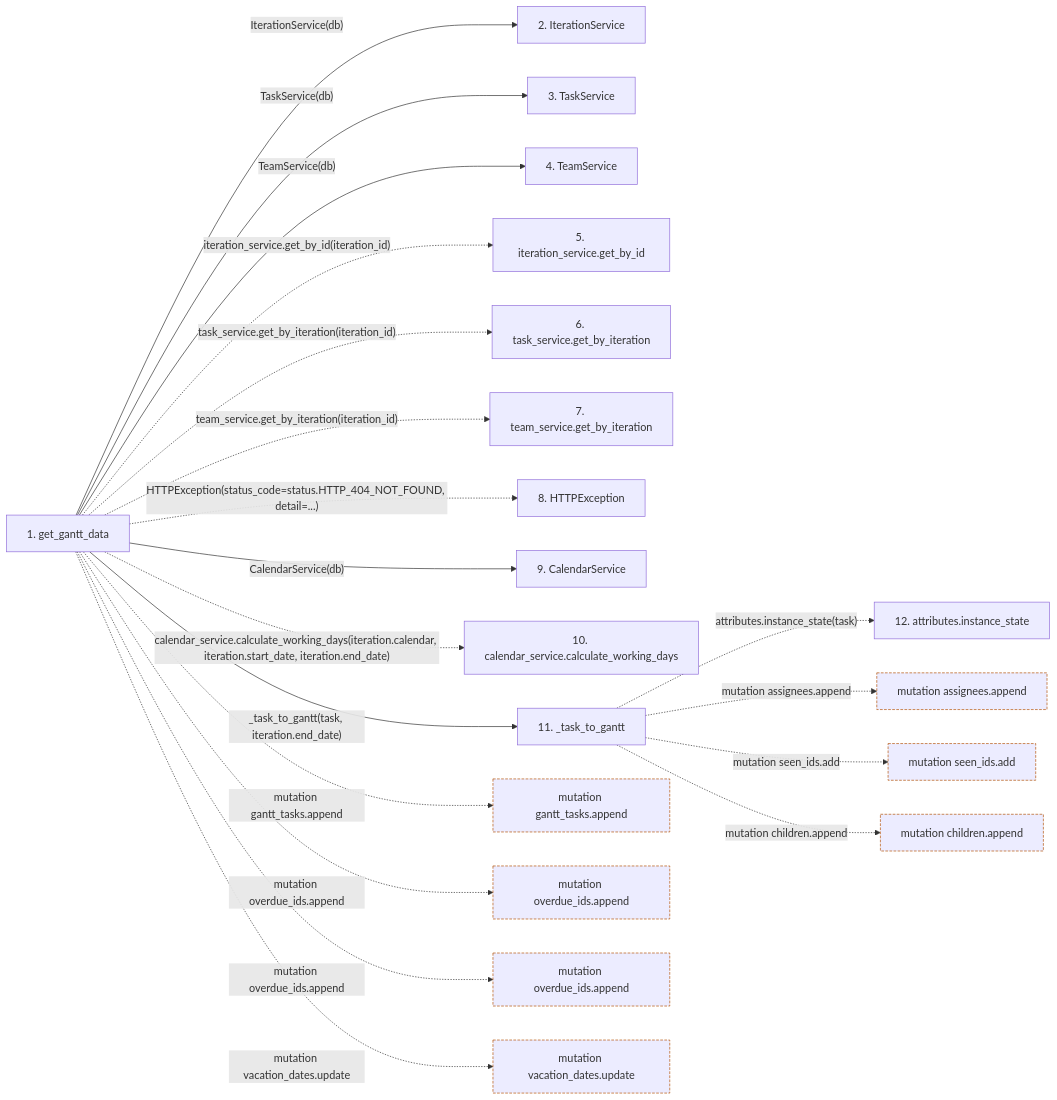
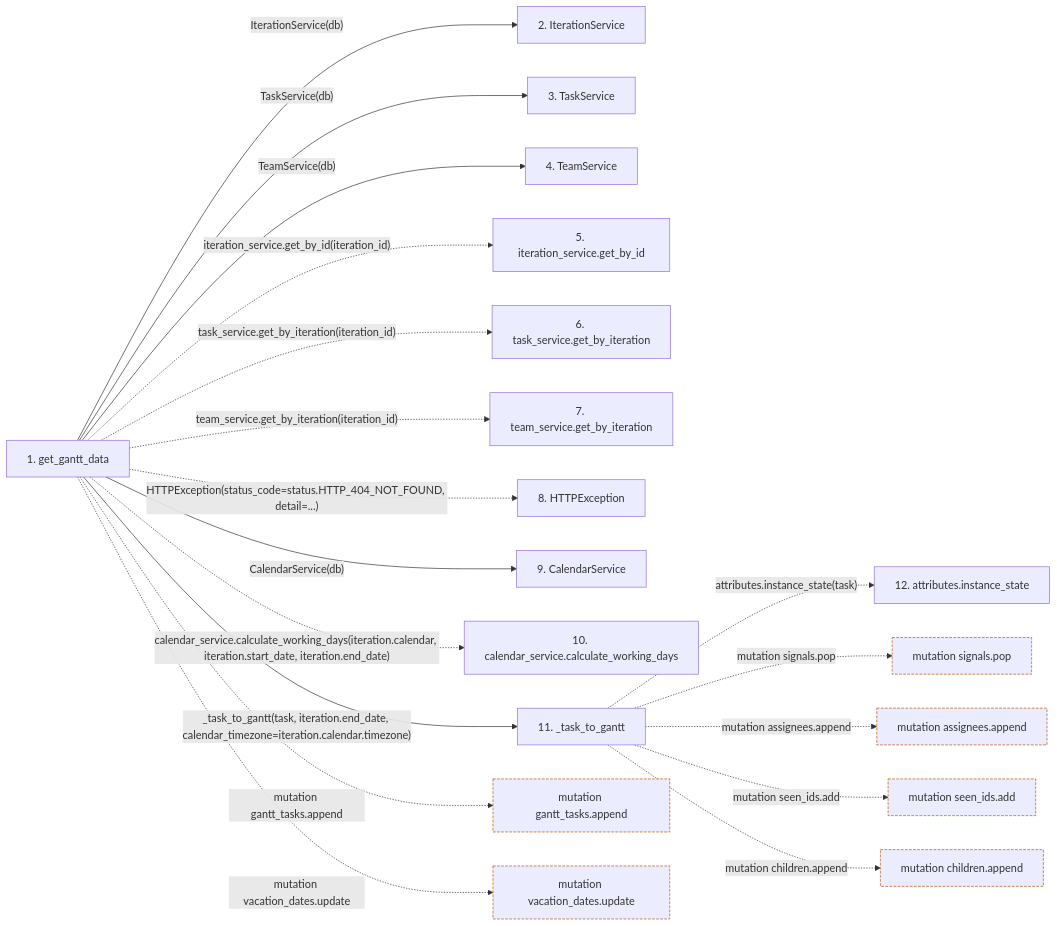
One commit to Denissvgn/WorkChord changed the second of 2 diagrams in docs/llm_wiki/flows/http-get_gantt_data.md. Above: the diagram before and after it, drawn with Mermaid. The commit also changed other lines of this file and 958 other files, not shown here.

First line of the commit message:
docs(wiki): refresh identity and recovery architecture

````diff
--- a/docs/llm_wiki/flows/http-get_gantt_data.md
+++ b/docs/llm_wiki/flows/http-get_gantt_data.md
@@ -83,54 +88,51 @@
 ```mermaid
 flowchart LR
     s1["1. get_gantt_data"]
     s2["2. IterationService"]
     s3["3. TaskService"]
     s4["4. TeamService"]
     s5["5. iteration_service.get_by_id"]
     s6["6. task_service.get_by_iteration"]
     s7["7. team_service.get_by_iteration"]
     s8["8. HTTPException"]
     s9["9. CalendarService"]
     s10["10. calendar_service.calculate_working_days"]
     s11["11. _task_to_gantt"]
     s12["12. attributes.instance_state"]
     s1 -->|"IterationService(db)"| s2
     s1 -->|"TaskService(db)"| s3
     s1 -->|"TeamService(db)"| s4
     s1 -. "iteration_service.get_by_id(iteration_id)" .-> s5
     s1 -. "task_service.get_by_iteration(iteration_id)" .-> s6
     s1 -. "team_service.get_by_iteration(iteration_id)" .-> s7
     s1 -. "HTTPException(status_code=status.HTTP_404_NOT_FOUND, detail=...)" .-> s8
     s1 -->|"CalendarService(db)"| s9
     s1 -. "calendar_service.calculate_working_days(iteration.calendar, iteration.start_date, iteration.end_date)" .-> s10
-    s1 -->|"_task_to_gantt(task, iteration.end_date)"| s11
+    s1 -->|"_task_to_gantt(task, iteration.end_date, calendar_timezone=iteration.calendar.timezone)"| s11
     s11 -. "attributes.instance_state(task)" .-> s12
     b0["mutation gantt_tasks.append"]
     s1 -. "mutation gantt_tasks.append" .-> b0
-    b1["mutation overdue_ids.append"]
-    s1 -. "mutation overdue_ids.append" .-> b1
-    b2["mutation overdue_ids.append"]
-    s1 -. "mutation overdue_ids.append" .-> b2
-    b3["mutation vacation_dates.update"]
-    s1 -. "mutation vacation_dates.update" .-> b3
-    b4["mutation assignees.append"]
-    s11 -. "mutation assignees.append" .-> b4
-    b5["mutation seen_ids.add"]
-    s11 -. "mutation seen_ids.add" .-> b5
-    b6["mutation children.append"]
-    s11 -. "mutation children.append" .-> b6
+    b1["mutation vacation_dates.update"]
+    s1 -. "mutation vacation_dates.update" .-> b1
+    b2["mutation signals.pop"]
+    s11 -. "mutation signals.pop" .-> b2
+    b3["mutation assignees.append"]
+    s11 -. "mutation assignees.append" .-> b3
+    b4["mutation seen_ids.add"]
+    s11 -. "mutation seen_ids.add" .-> b4
+    b5["mutation children.append"]
+    s11 -. "mutation children.append" .-> b5
     click s1 "../modules/routers_gantt.md"
     click s2 "../modules/iteration_service.md"
     click s3 "../modules/task_service.md"
     click s4 "../modules/team_service.md"
     click s9 "../modules/calendar_service.md"
     click s11 "../modules/routers_gantt.md"
     classDef boundary stroke:#b45309,stroke-dasharray: 4 2
     class b0 boundary
     class b1 boundary
     class b2 boundary
     class b3 boundary
     class b4 boundary
     class b5 boundary
-    class b6 boundary
 ```
````
